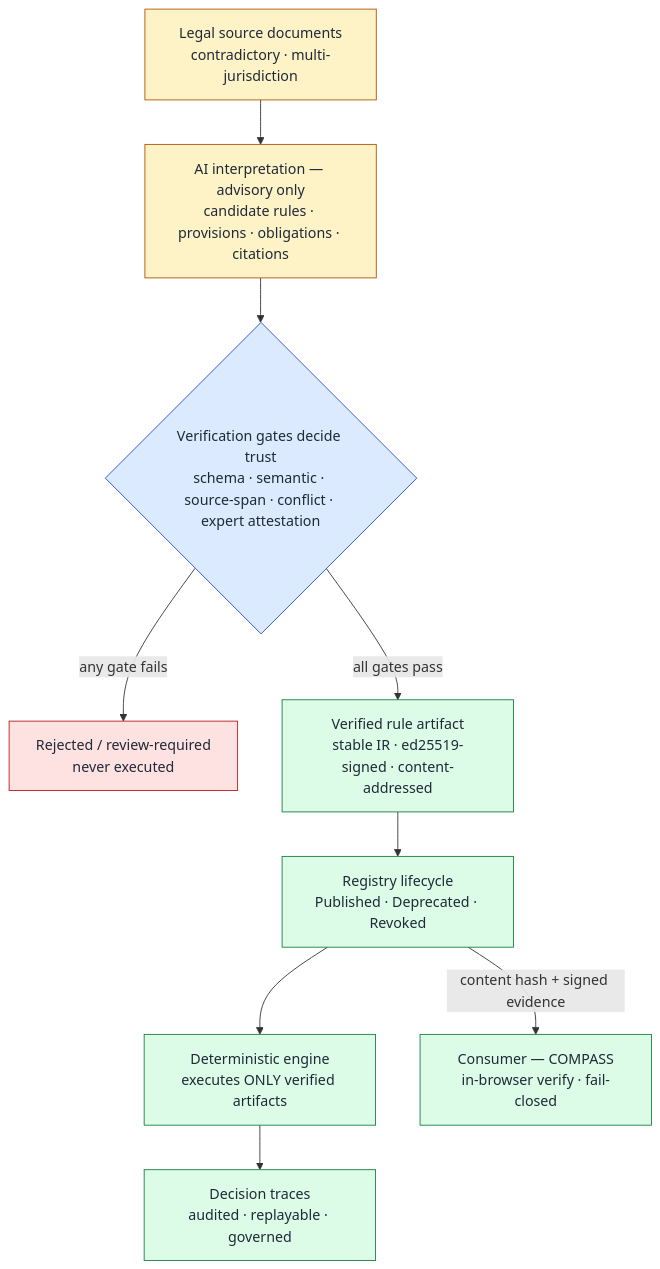
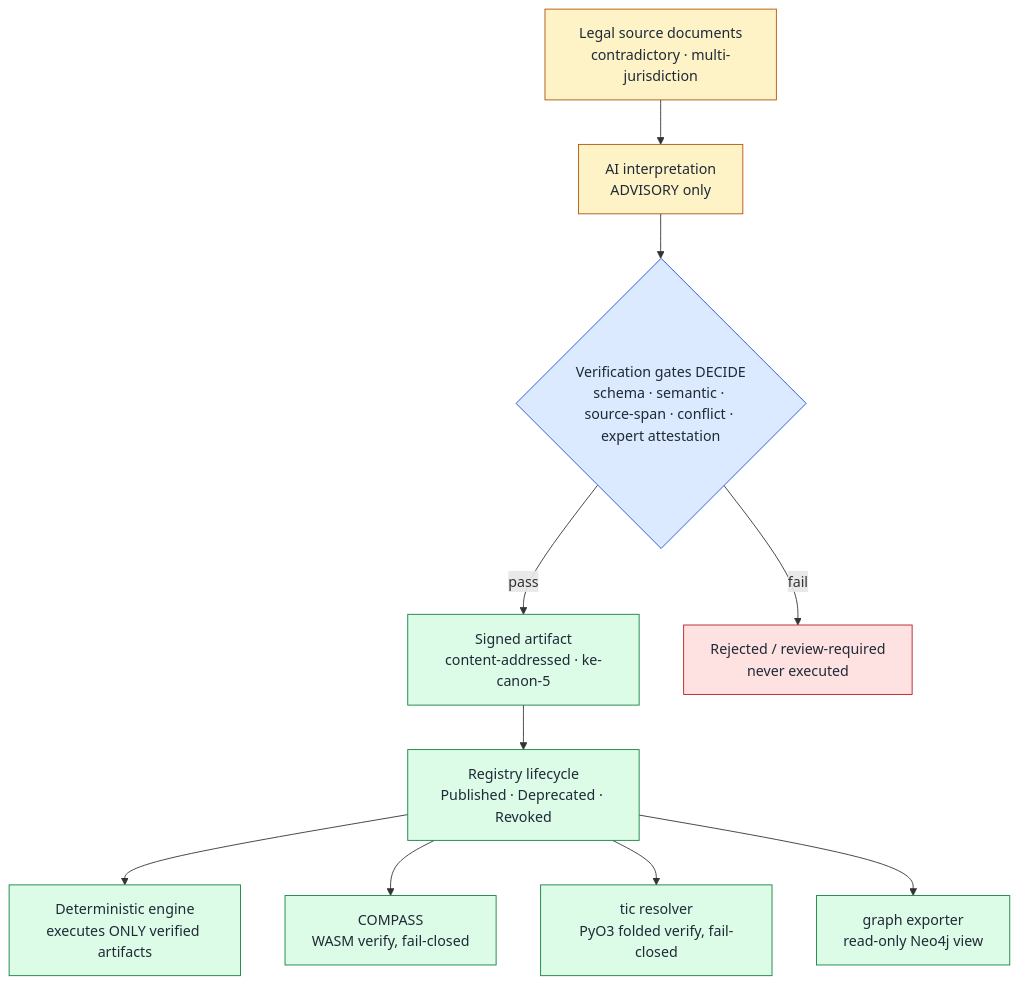
The second of 2 diagrams in README.md (hossainpazooki/regulatory-rule-engine), drawn with Mermaid before and after one commit. The commit also changed other lines of this file and 13 other files, not shown here.

Commit message:
docs: skimmer-first README; system/status/development split; coherence content (canon-5, three consumers, ADR map, 0023 accepted)

````diff
--- a/README.md
+++ b/README.md
@@ -44,23 +39,16 @@
 ```mermaid
 flowchart TB
-  Src["Legal source documents<br/>contradictory · multi-jurisdiction"]:::ai
-  AI["AI interpretation — advisory only<br/>candidate rules · provisions · obligations · citations"]:::ai
-  Gates{"Verification gates decide trust<br/>schema · semantic · source-span · conflict · expert attestation"}:::gate
-  Reject["Rejected / review-required<br/>never executed"]:::reject
-  Artifact["Verified rule artifact<br/>stable IR · ed25519-signed · content-addressed"]:::trust
-  Registry["Registry lifecycle<br/>Published · Deprecated · Revoked"]:::trust
-  Engine["Deterministic engine<br/>executes ONLY verified artifacts"]:::trust
-  Trace["Decision traces<br/>audited · replayable · governed"]:::trust
-  Consumer["Consumer — COMPASS<br/>in-browser verify · fail-closed"]:::trust
-
-  Src --> AI --> Gates
-  Gates -->|all gates pass| Artifact
-  Gates -->|any gate fails| Reject
-  Artifact --> Registry --> Engine --> Trace
-  Registry -->|"content hash + signed evidence"| Consumer
-
+  Src["Legal source documents<br/>contradictory · multi-jurisdiction"]:::ai --> AI["AI interpretation<br/>ADVISORY only"]:::ai
+  AI --> Gates{"Verification gates DECIDE<br/>schema · semantic · source-span · conflict · expert attestation"}:::gate
+  Gates -->|pass| Art["Signed artifact<br/>content-addressed · ke-canon-5"]:::trust
+  Gates -->|fail| Rej["Rejected / review-required<br/>never executed"]:::reject
+  Art --> Reg["Registry lifecycle<br/>Published · Deprecated · Revoked"]:::trust
+  Reg --> Engine["Deterministic engine<br/>executes ONLY verified artifacts"]:::trust
+  Reg --> C1["COMPASS<br/>WASM verify, fail-closed"]:::trust
+  Reg --> C2["tic resolver<br/>PyO3 folded verify, fail-closed"]:::trust
+  Reg --> C3["graph exporter<br/>read-only Neo4j view"]:::trust
   classDef ai fill:#fef3c7,stroke:#b45309,color:#1f2937;
   classDef gate fill:#dbeafe,stroke:#1d4ed8,color:#1f2937;
   classDef trust fill:#dcfce7,stroke:#15803d,color:#1f2937;
   classDef reject fill:#fee2e2,stroke:#b91c1c,color:#1f2937;
 ```
````
